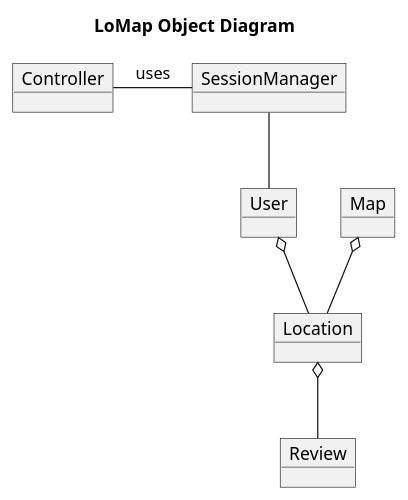
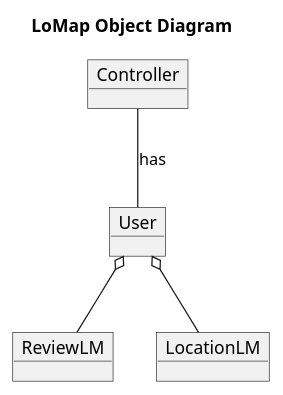
One commit to Arquisoft/lomap_en3b changed the diagram in docs/08_concepts.adoc. Above: the diagram before and after it, drawn with PlantUML. The commit also changed other lines of this file and 2 other files, not shown here.

Commit message:
Documnetation updated

```diff
--- a/docs/08_concepts.adoc
+++ b/docs/08_concepts.adoc
@@ -54,20 +54,16 @@
 [plantuml,"Domain model UML Diagram",png]
 ----
 title LoMap Object Diagram
 
-object Review
-object Location
-object Map
 object User
 object Controller
-object SessionManager
+object ReviewLM
+object LocationLM
 
-Location o-- Review
 
-Map o-- Location
+User o-- LocationLM
+User o-- ReviewLM
 
-User o-- Location
-Controller -right- SessionManager :uses
-SessionManager -- User
+Controller -- User :has
 
 ----
```
